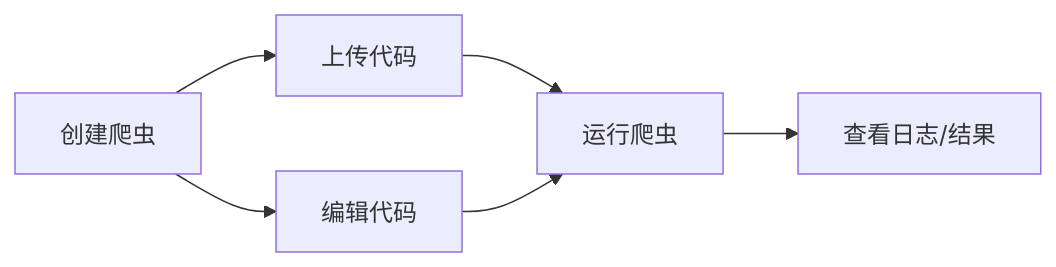
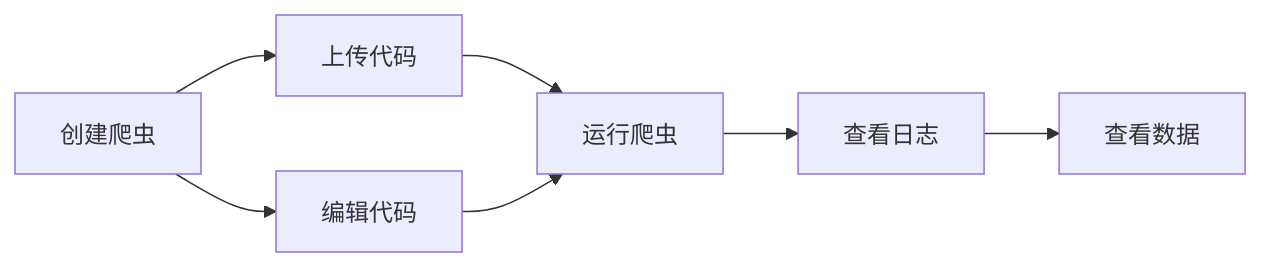
The first of 2 diagrams in packages/v0.7/i18n/zh/docusaurus-plugin-content-docs/current/guides/spider/index.md (crawlab-team/crawlab-docs), drawn with Mermaid before and after one commit. The commit also changed other lines of this file and 1 other file, not shown here.

````diff
--- a/packages/v0.7/i18n/zh/docusaurus-plugin-content-docs/current/guides/spider/index.md
+++ b/packages/v0.7/i18n/zh/docusaurus-plugin-content-docs/current/guides/spider/index.md
@@ -18,13 +18,15 @@
 ```mermaid
 graph LR
     A[创建爬虫]
     B1[上传代码]
     B2[编辑代码]
     C[运行爬虫]
-    D[查看日志/结果]
+    D[查看日志]
+    E[查看数据]
     A --> B1
     A --> B2
     B1 --> C
     B2 --> C
     C --> D
+    D --> E
 ```
````
